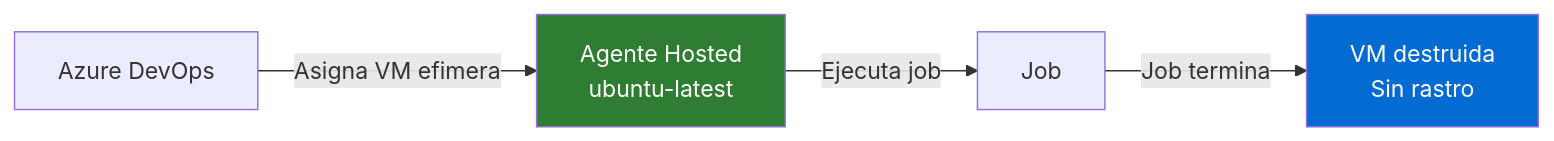
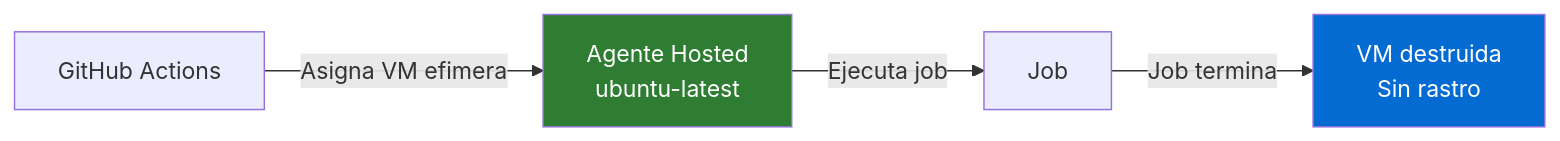
Before and after one commit to jhonsanchez/workshop-devsecops-pipelines: the second of 7 diagrams in docs/concepto02-anatomia-pipeline/index.md, drawn with Mermaid. The commit also changed other lines of this file and 52 other files, not shown here.

First line of the commit message:
feat: pivot workshop from Azure DevOps to GitHub Actions

````diff
--- a/docs/concepto02-anatomia-pipeline/index.md
+++ b/docs/concepto02-anatomia-pipeline/index.md
@@ -139,9 +139,9 @@
 ```mermaid
 flowchart LR
-    AzDO[Azure DevOps] --> |Asigna VM efimera| Agent[Agente Hosted<br/>ubuntu-latest]
+    AzDO[GitHub Actions] --> |Asigna VM efimera| Agent[Agente Hosted<br/>ubuntu-latest]
     Agent --> |Ejecuta job| J[Job]
     J --> |Job termina| D[VM destruida<br/>Sin rastro]
 
     style Agent fill:#2e7d32,color:#fff
     style D fill:#046BD2,color:#fff
 ```
````
